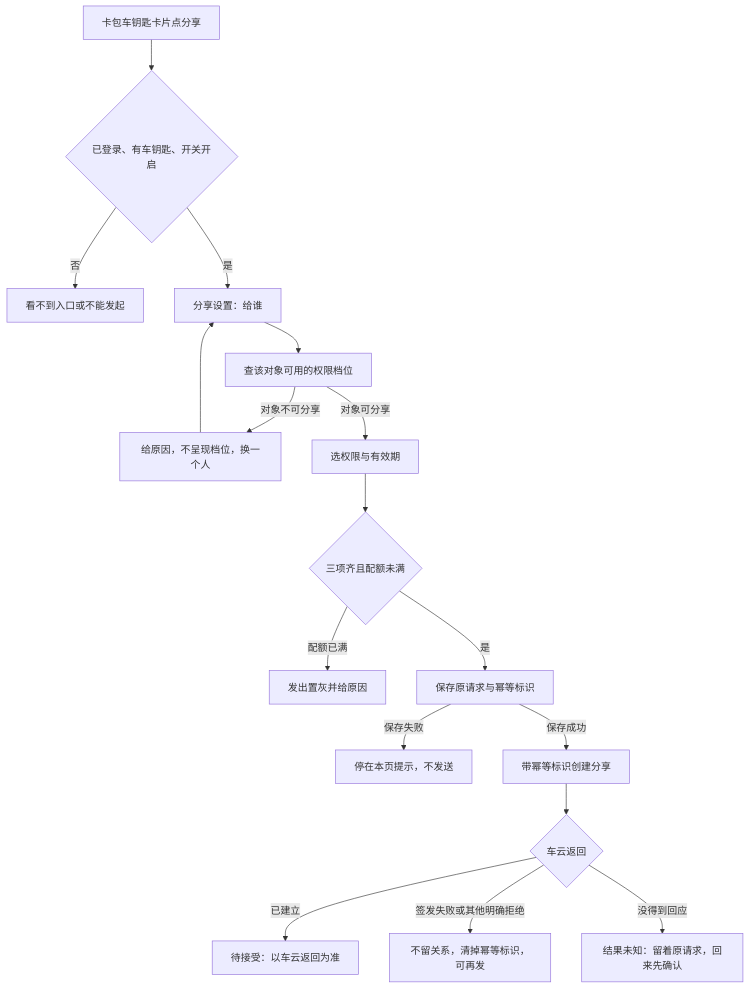
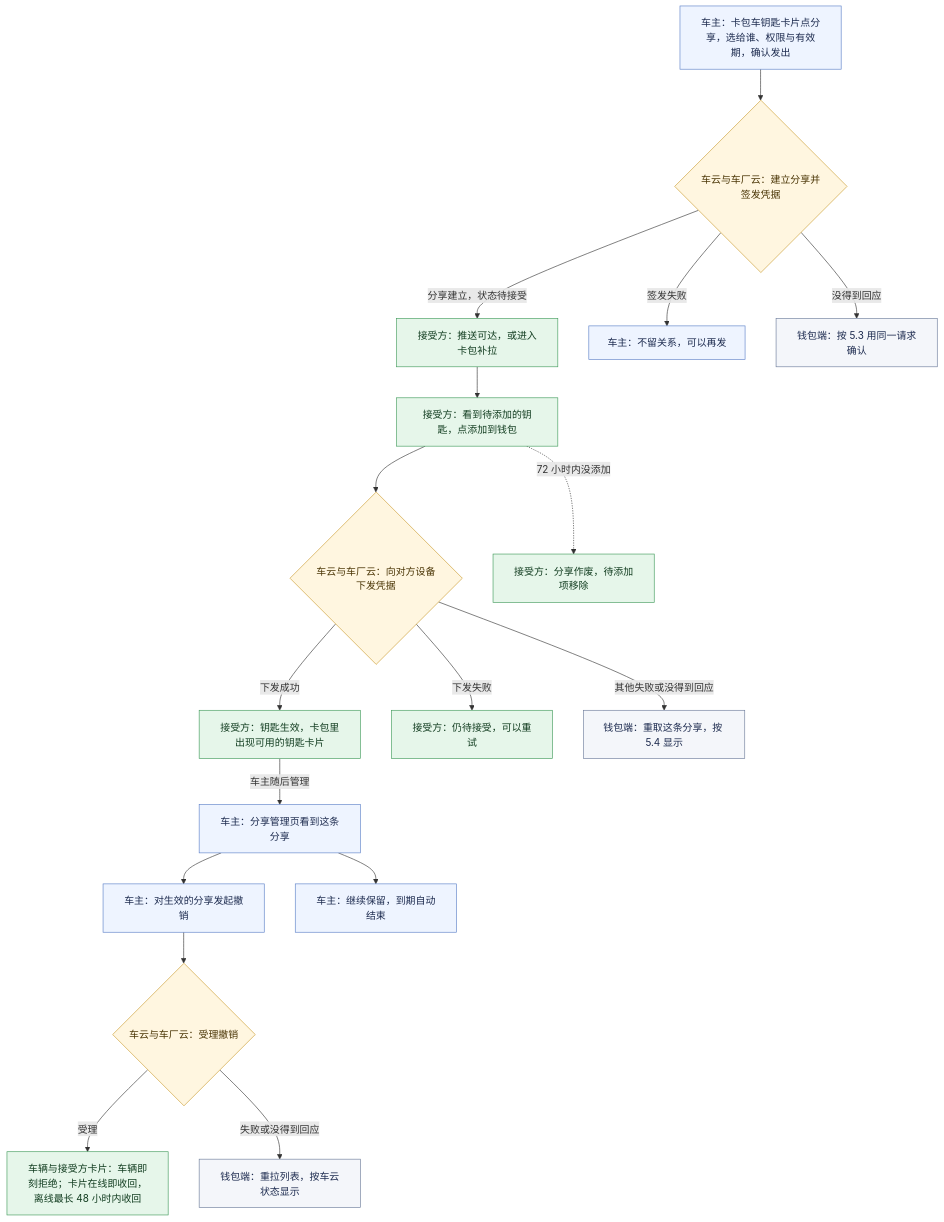
Before and after one commit to sqsqsq/SimulatedWalletForHmos: the diagram in doc/plan/1.9.9/金样候选/car-key-sharing/AR/story-src/figures/fig-0169f210.mmd, drawn with Mermaid. The commit also changed 38 other files, not shown here.

```diff
--- a/doc/plan/1.9.9/金样候选/car-key-sharing/AR/story-src/figures/fig-0169f210.mmd
+++ b/doc/plan/1.9.9/金样候选/car-key-sharing/AR/story-src/figures/fig-0169f210.mmd
@@ -1,18 +1,28 @@
 %% 图源 spec §5.1 #1
+%% 图源 spec §5.3 #2
+%% 图源 spec §5.3 #3
 flowchart TD
-    A[卡包车钥匙卡片点分享] --> G0{已登录、有车钥匙、开关开启}
-    G0 -->|否| X[看不到入口或不能发起]
-    G0 -->|是| B[分享设置：给谁]
-    B --> C[查该对象可用的权限档位]
-    C -->|对象不可分享| E[给原因，不呈现档位，换一个人]
-    E --> B
-    C -->|对象可分享| D[选权限与有效期]
-    D --> Q{三项齐且配额未满}
-    Q -->|配额已满| QF[发出置灰并给原因]
-    Q -->|是| SV[保存原请求与幂等标识]
-    SV -->|保存失败| SF[停在本页提示，不发送]
-    SV -->|保存成功| F[带幂等标识创建分享]
-    F --> H{车云返回}
-    H -->|已建立| I[待接受：以车云返回为准]
-    H -->|签发失败或其他明确拒绝| J[不留关系，清掉幂等标识，可再发]
-    H -->|没得到回应| UK[结果未知：留着原请求，回来先确认]
+    A[车主：卡包车钥匙卡片点分享，选给谁、权限与有效期，确认发出] --> C{车云与车厂云：建立分享并签发凭据}
+    C -->|分享建立，状态待接受| F[接受方：推送可达，或进入卡包补拉]
+    F --> G[接受方：看到待添加的钥匙，点添加到钱包]
+    G --> AC{车云与车厂云：向对方设备下发凭据}
+    AC -->|下发成功| L[接受方：钥匙生效，卡包里出现可用的钥匙卡片]
+    L -->|车主随后管理| M[车主：分享管理页看到这条分享]
+    M --> RV[车主：对生效的分享发起撤销]
+    RV --> RC{车云与车厂云：受理撤销}
+    RC -->|受理| OFF[车辆与接受方卡片：车辆即刻拒绝；卡片在线即收回，离线最长 48 小时内收回]
+    C -->|签发失败| BF[车主：不留关系，可以再发]
+    C -->|没得到回应| BU[钱包端：按 5.3 用同一请求确认]
+    G -.->|72 小时内没添加| EX[接受方：分享作废，待添加项移除]
+    AC -->|下发失败| AF[接受方：仍待接受，可以重试]
+    AC -->|其他失败或没得到回应| AQ[钱包端：重取这条分享，按 5.4 显示]
+    M --> KP[车主：继续保留，到期自动结束]
+    RC -->|失败或没得到回应| RQ[钱包端：重拉列表，按车云状态显示]
+    classDef owner fill:#eef4ff,stroke:#5b7fc7,color:#1d2b4f
+    classDef cloud fill:#fff6e0,stroke:#c99a2e,color:#4a3505
+    classDef grantee fill:#e6f6ea,stroke:#3f9a5a,color:#123d20
+    classDef wallet fill:#f4f6fa,stroke:#6b7a99,color:#1d2b4f
+    class A,M,RV,BF,KP owner
+    class C,AC,RC cloud
+    class F,G,L,OFF,EX,AF grantee
+    class BU,AQ,RQ wallet
```
